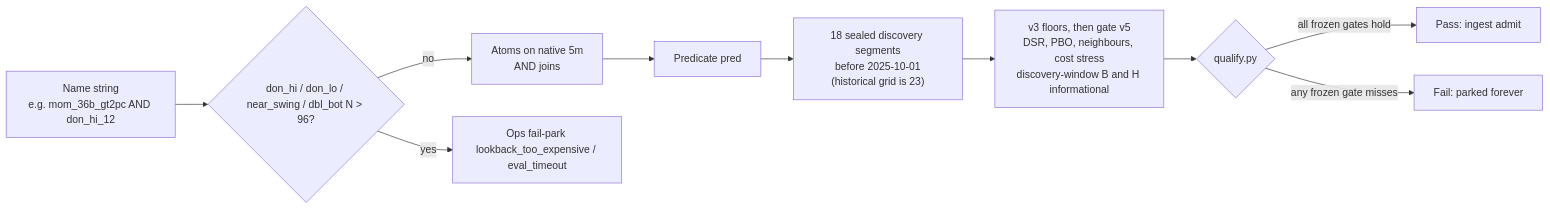
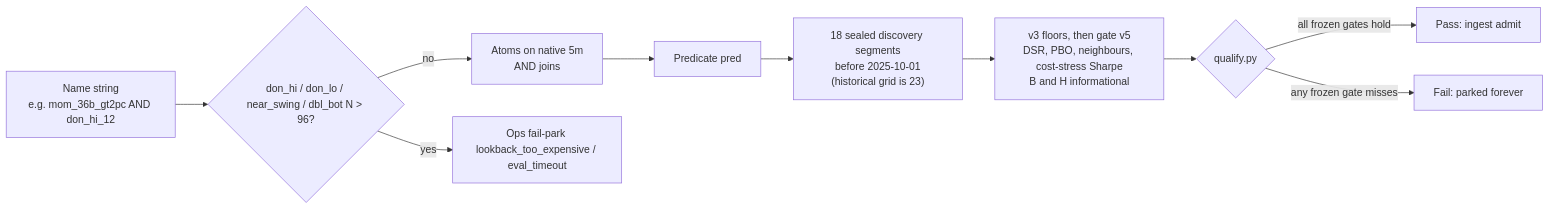
One commit to Runemark7/paper-trading-bot changed the second of 3 diagrams in docs/WORKFLOW.md. Above: the diagram before and after it, drawn with Mermaid. The commit also changed other lines of this file and 12 other files, not shown here.

First line of the commit message:
fix(gate): drop holdout and cost-stress B&H

````diff
--- a/docs/WORKFLOW.md
+++ b/docs/WORKFLOW.md
@@ -115,19 +115,19 @@
 ```mermaid
 flowchart LR
   name["Name string\ne.g. mom_36b_gt2pc AND don_hi_12"]
   cap{"don_hi / don_lo / near_swing / dbl_bot N > 96?"}
   atoms["Atoms on native 5m\nAND joins"]
   pred["Predicate pred"]
   windows["18 sealed discovery segments\nbefore 2025-10-01\n(historical grid is 23)"]
-  score["v3 floors, then gate v5\nDSR, PBO, neighbours, cost stress\ndiscovery-window B and H informational"]
+  score["v3 floors, then gate v5\nDSR, PBO, neighbours, cost-stress Sharpe\nB and H informational"]
   decision{"qualify.py"}
   passNode["Pass: ingest admit"]
   failNode["Fail: parked forever"]
   opsPark["Ops fail-park lookback_too_expensive / eval_timeout"]
 
   name --> cap
   cap -->|yes| opsPark
   cap -->|no| atoms --> pred --> windows --> score --> decision
   decision -->|"all frozen gates hold"| passNode
   decision -->|"any frozen gate misses"| failNode
 ```
````
